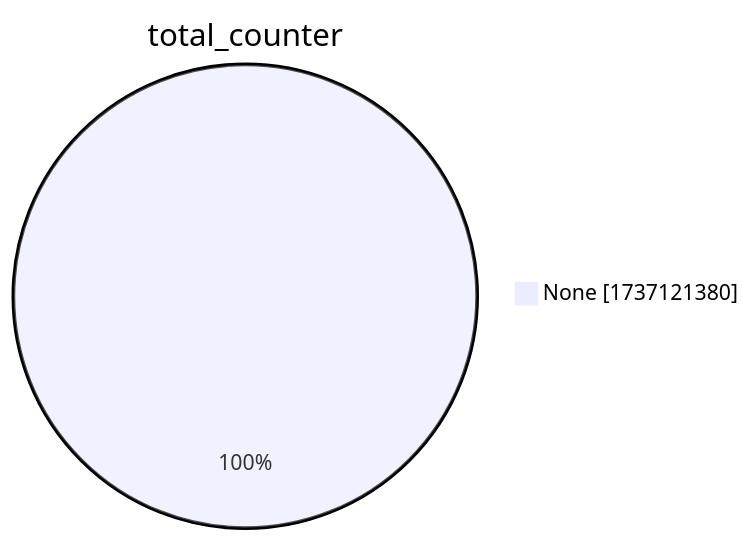
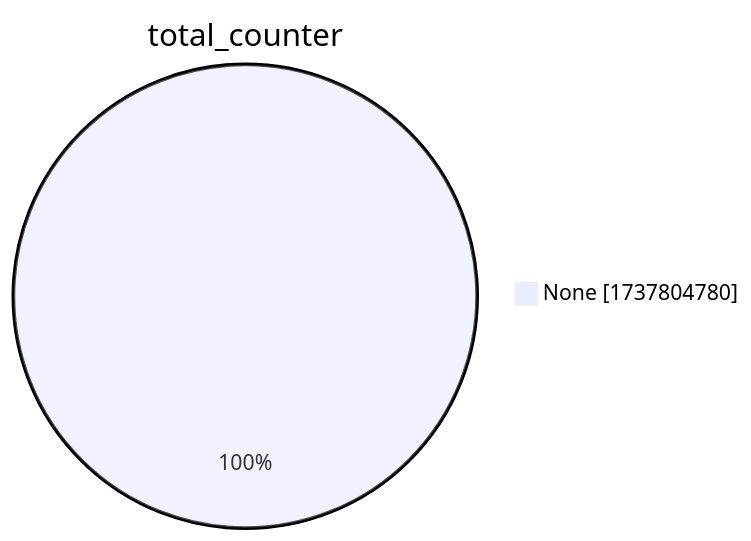
The second of 15 diagrams in xenon2022/README.md (christiankrug/ctmonitor_visualization), drawn with Mermaid before and after one commit. The commit also changed other lines of this file, not shown here.

````diff
--- a/xenon2022/README.md
+++ b/xenon2022/README.md
@@ -9,5 +9,5 @@
 ```mermaid
 pie showData
 title total_counter
-"None" :1737121380
+"None" :1737804780
 ```
````
